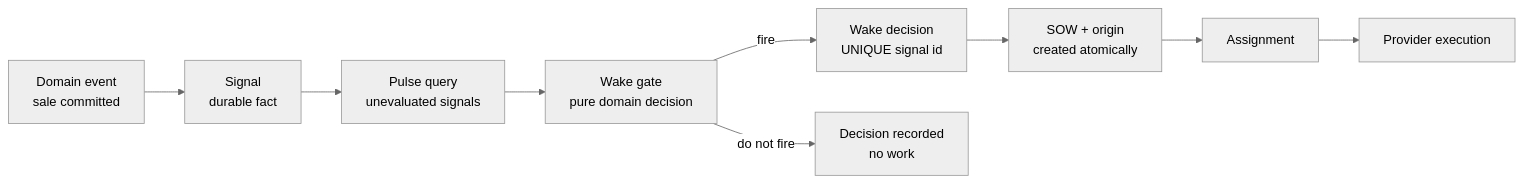
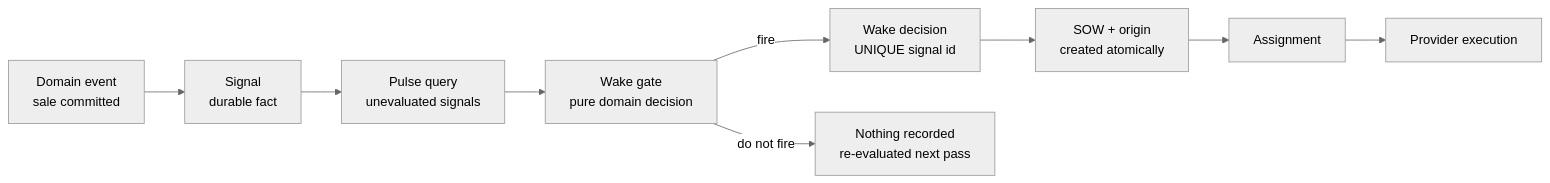
One commit to profrodai/sovereign-agent changed the diagram in book/ch07_the_organization_wakes_itself/README.md. Above: the diagram before and after it, drawn with Mermaid (neutral theme). The commit also changed other lines of this file and 3 other files, not shown here.

Commit message:
Correct implementation-grounded book diagrams

````diff
--- a/book/ch07_the_organization_wakes_itself/README.md
+++ b/book/ch07_the_organization_wakes_itself/README.md
@@ -47,11 +47,11 @@
 ```mermaid
 flowchart LR
     E[Domain event\nsale committed] --> S[Signal\ndurable fact]
     S --> Q[Pulse query\nunevaluated signals]
     Q --> G[Wake gate\npure domain decision]
     G -->|fire| D[Wake decision\nUNIQUE signal id]
     D --> W[SOW + origin\ncreated atomically]
     W --> A[Assignment]
     A --> X[Provider execution]
-    G -->|do not fire| N[Decision recorded\nno work]
+    G -->|do not fire| N[Nothing recorded\nre-evaluated next pass]
 ```
````
